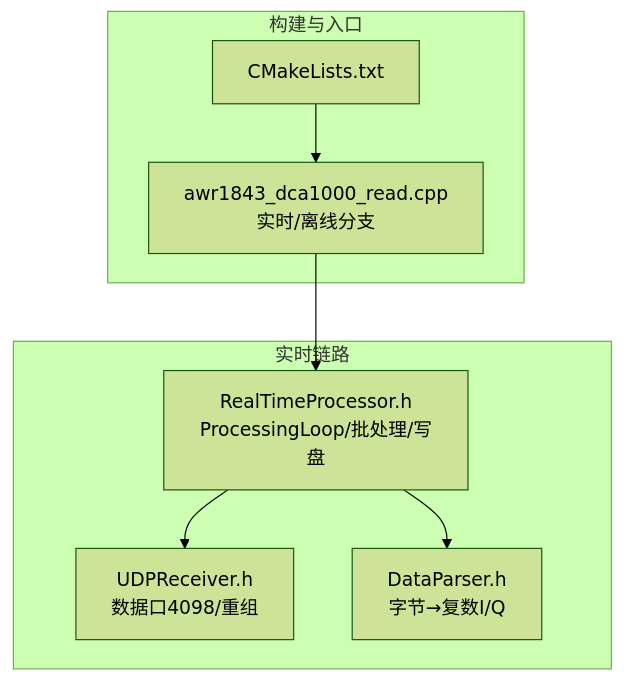
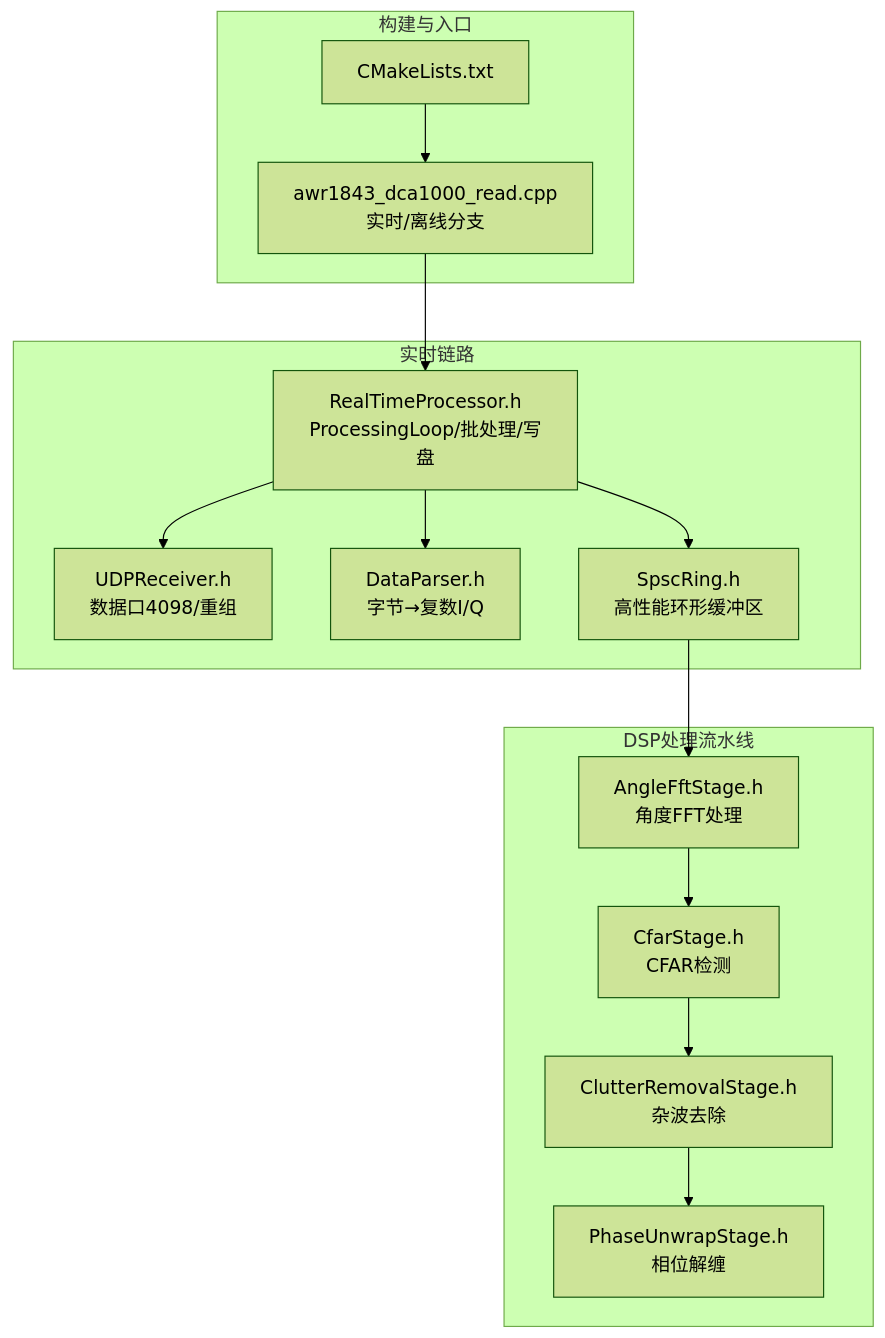
Before and after one commit to Lukad77/awr1843-radar-toolkit: the first of 9 diagrams in .qoder/repowiki/zh/content/实时处理流水线与数据流.md, drawn with Mermaid (forest theme). The commit also changed other lines of this file and 5 other files, not shown here.

````diff
--- a/.qoder/repowiki/zh/content/实时处理流水线与数据流.md
+++ b/.qoder/repowiki/zh/content/实时处理流水线与数据流.md
@@ -37,16 +51,28 @@
 ```mermaid
 graph TB
 subgraph "构建与入口"
 CMake["CMakeLists.txt"]
 Main["awr1843_dca1000_read.cpp<br/>实时/离线分支"]
 end
 subgraph "实时链路"
 RTP["RealTimeProcessor.h<br/>ProcessingLoop/批处理/写盘"]
 UDR["UDPReceiver.h<br/>数据口4098/重组"]
 DP["DataParser.h<br/>字节→复数I/Q"]
+SPC["SpscRing.h<br/>高性能环形缓冲区"]
+end
+subgraph "DSP处理流水线"
+AFS["AngleFftStage.h<br/>角度FFT处理"]
+CFS["CfarStage.h<br/>CFAR检测"]
+CRS["ClutterRemovalStage.h<br/>杂波去除"]
+PUS["PhaseUnwrapStage.h<br/>相位解缠"]
 end
 CMake --> Main
 Main --> RTP
 RTP --> UDR
 RTP --> DP
+RTP --> SPC
+SPC --> AFS
+AFS --> CFS
+CFS --> CRS
+CRS --> PUS
 ```
````
